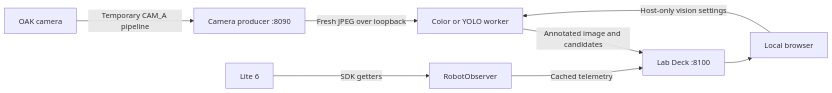
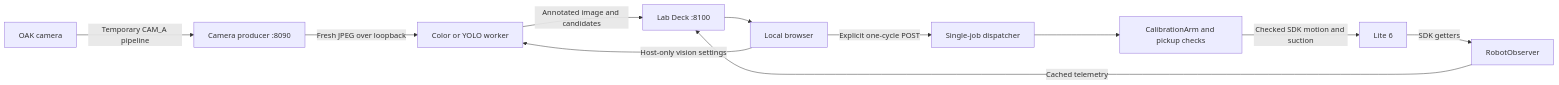
Before and after one commit to Trylen22/lite6-lab-control: the diagram in docs/ARCHITECTURE.md, drawn with Mermaid. The commit also changed other lines of this file and 16 other files, not shown here.

Commit message:
Add guarded one-cycle Pick and Place UI with progress and classroom documentation

````diff
--- a/docs/ARCHITECTURE.md
+++ b/docs/ARCHITECTURE.md
@@ -5,10 +5,13 @@
 ```mermaid
 flowchart LR
     OAK[OAK camera] -->|Temporary CAM_A pipeline| Producer[Camera producer :8090]
     Producer -->|Fresh JPEG over loopback| Vision[Color or YOLO worker]
     Vision -->|Annotated image and candidates| Deck[Lab Deck :8100]
     Arm[Lite 6] -->|SDK getters| Observer[RobotObserver]
     Observer -->|Cached telemetry| Deck
     Deck --> Browser[Local browser]
     Browser -->|Host-only vision settings| Vision
+    Browser -->|Explicit one-cycle POST| Jobs[Single-job dispatcher]
+    Jobs --> Guard[CalibrationArm and pickup checks]
+    Guard -->|Checked SDK motion and suction| Arm
 ```
````
